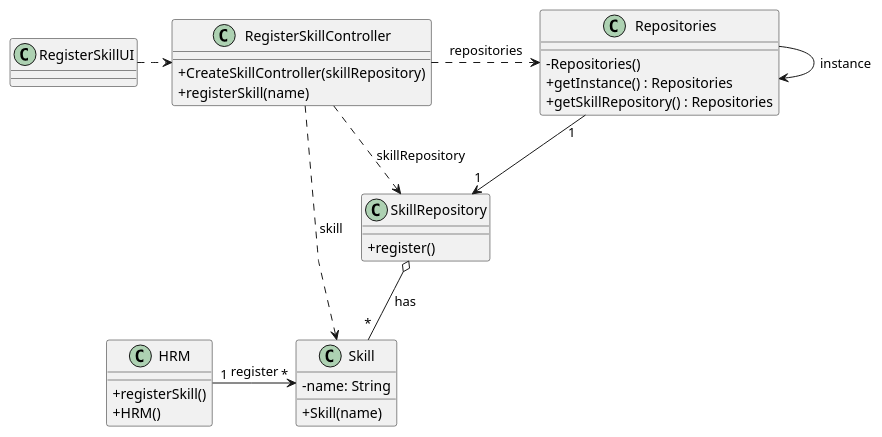
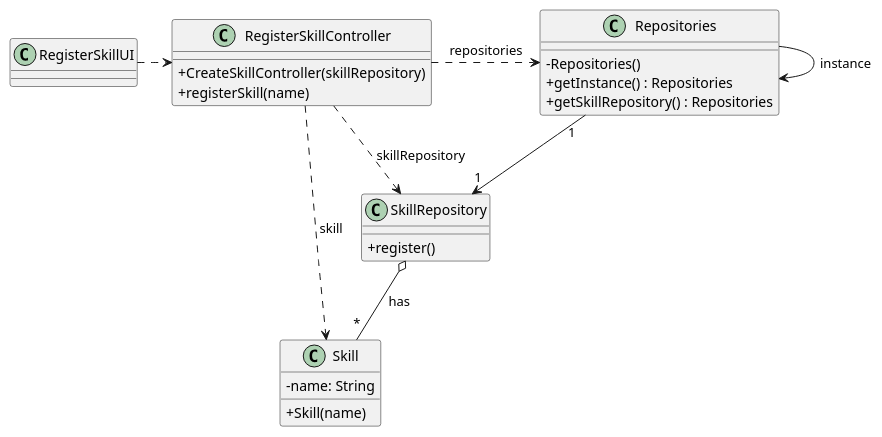
One commit to diogoveirospro/lei-24-s2-1dg-g072 changed the diagram in docs/sprintB/us001/03.design/puml/us001-class-diagram.puml. Above: the diagram before and after it, drawn with PlantUML. The commit also changed 9 other files, not shown here.

```diff
--- a/docs/sprintB/us001/03.design/puml/us001-class-diagram.puml
+++ b/docs/sprintB/us001/03.design/puml/us001-class-diagram.puml
@@ -1,50 +1,44 @@
 @startuml
 'skinparam monochrome true
 skinparam packageStyle rectangle
 skinparam shadowing false
 skinparam linetype polyline
 'skinparam linetype orto
 
 skinparam classAttributeIconSize 0
 
 'left to right direction
 
 class Skill {
     - name: String
 
     + Skill(name)
-}
-
-class HRM{
-    + registerSkill()
-    + HRM()
 }
 class RegisterSkillUI {
 
 }
 
 class RegisterSkillController {
     + CreateSkillController(skillRepository)
     + registerSkill(name)
 }
 
 class Repositories {
     - Repositories()
     + getInstance() : Repositories
     + getSkillRepository() : Repositories
 }
 
 class SkillRepository {
     + register()
 }
 
 
 RegisterSkillUI .> RegisterSkillController
 RegisterSkillController .> Repositories : repositories
 Repositories --> Repositories : instance
 Repositories "1" --> "1" SkillRepository
 SkillRepository o-- "*" Skill : has
 RegisterSkillController .> SkillRepository : skillRepository
 RegisterSkillController .> Skill : skill
-HRM "1" -> "*" Skill: register
 @enduml
```
